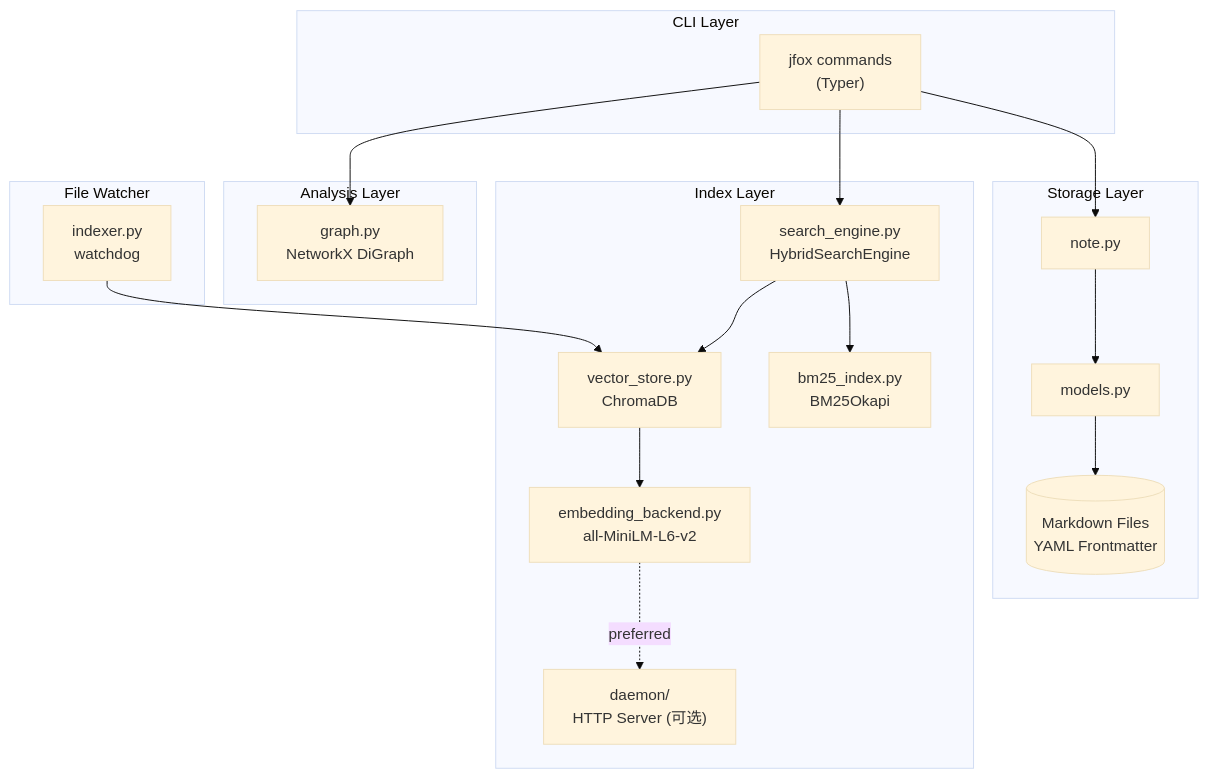
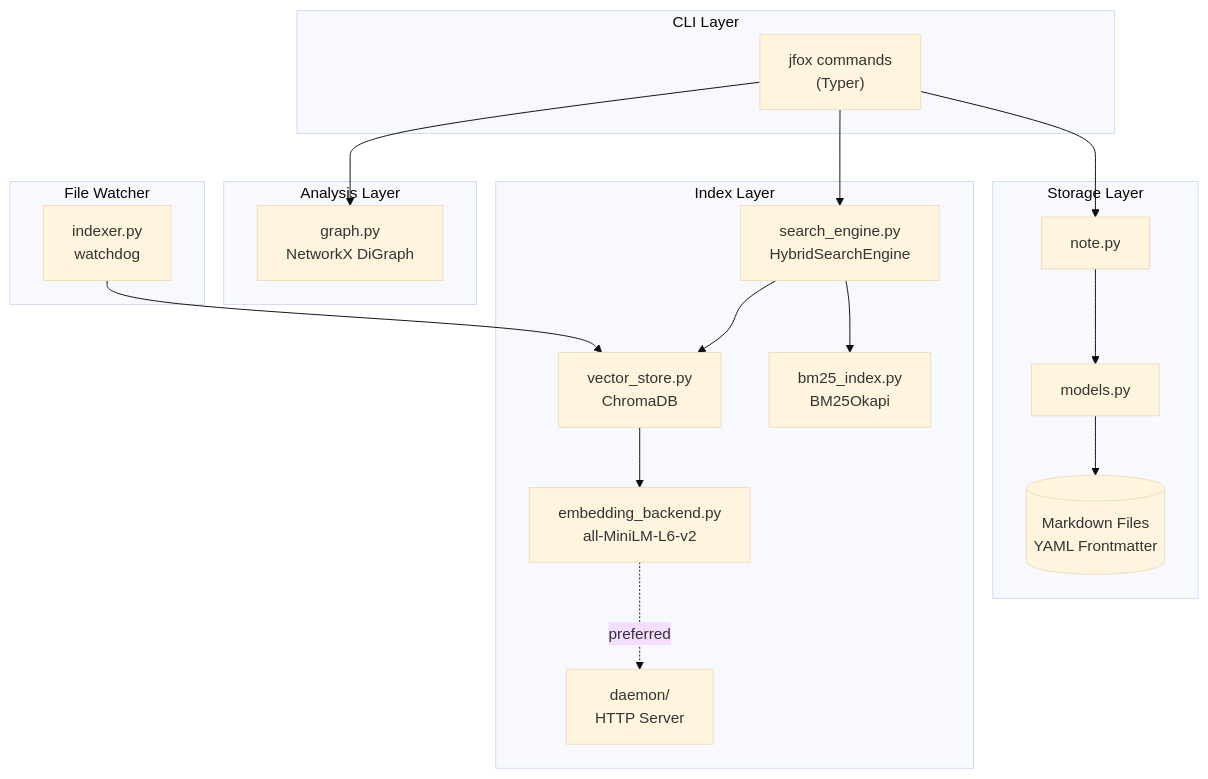
The first of 5 diagrams in README.md (zhuxixi/jfox), drawn with Mermaid (base theme) before and after one commit. The commit also changed other lines of this file and 2 other files, not shown here.

Commit message:
docs: add fastapi/uvicorn to installation requirements

````diff
--- a/README.md
+++ b/README.md
@@ -42,31 +42,31 @@
 ```mermaid
 graph TB
     subgraph CLI ["CLI Layer"]
         cmd["jfox commands<br/>(Typer)"]
     end
     subgraph Storage ["Storage Layer"]
         note[note.py]
         models[models.py]
         md[("Markdown Files<br/>YAML Frontmatter")]
     end
     subgraph Index ["Index Layer"]
         se[search_engine.py<br/>HybridSearchEngine]
         vs[vector_store.py<br/>ChromaDB]
         bm[bm25_index.py<br/>BM25Okapi]
         emb[embedding_backend.py<br/>all-MiniLM-L6-v2]
-        daemon["daemon/<br/>HTTP Server (可选)"]
+        daemon["daemon/<br/>HTTP Server"]
     end
     subgraph Analysis ["Analysis Layer"]
         gph["graph.py<br/>NetworkX DiGraph"]
     end
     subgraph Watcher ["File Watcher"]
         idx[indexer.py<br/>watchdog]
     end
 
     cmd --> note & se & gph
     note --> models --> md
     se --> vs & bm
     vs --> emb
     emb -.->|"preferred"| daemon
     idx --> vs
 ```
````
